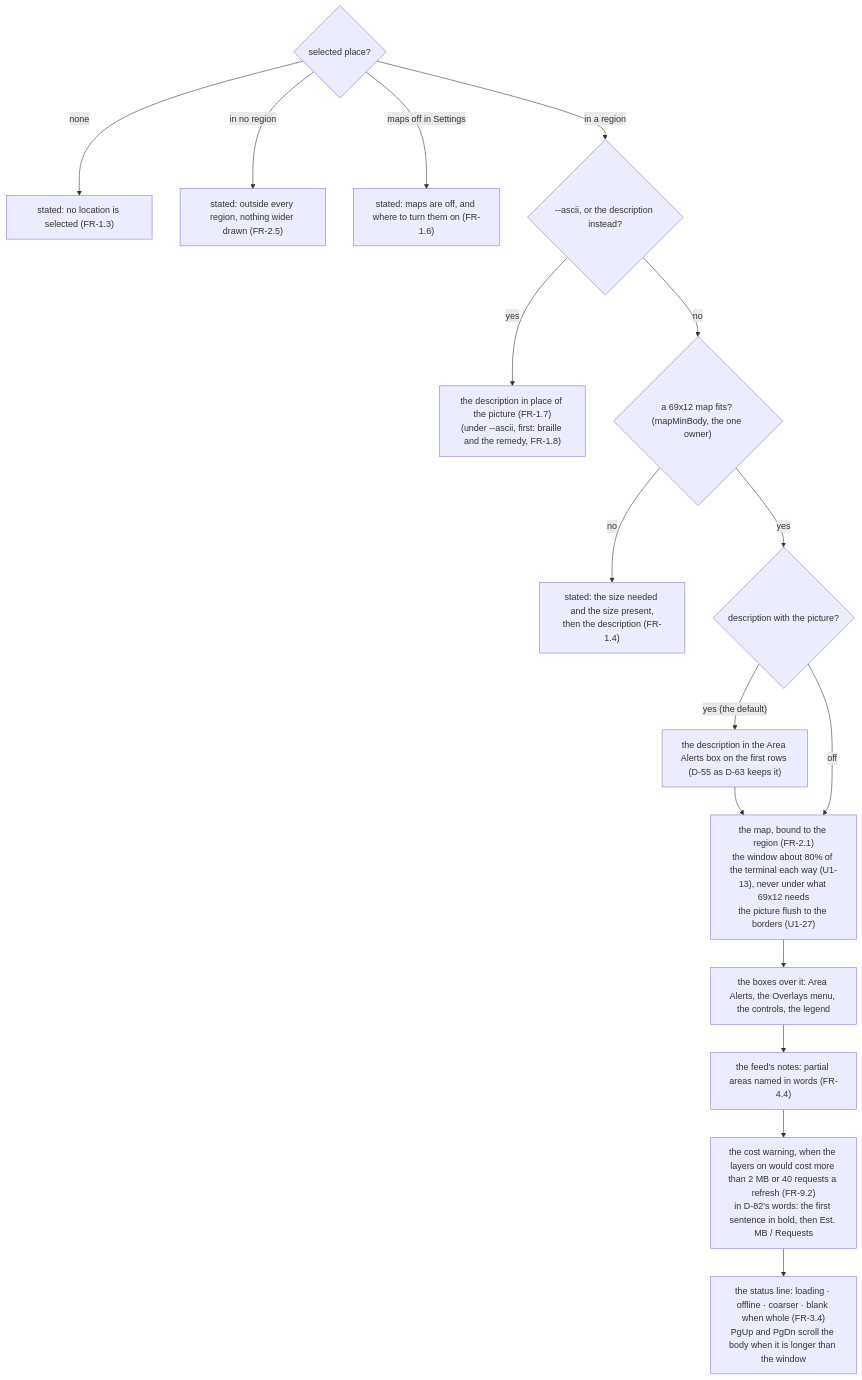
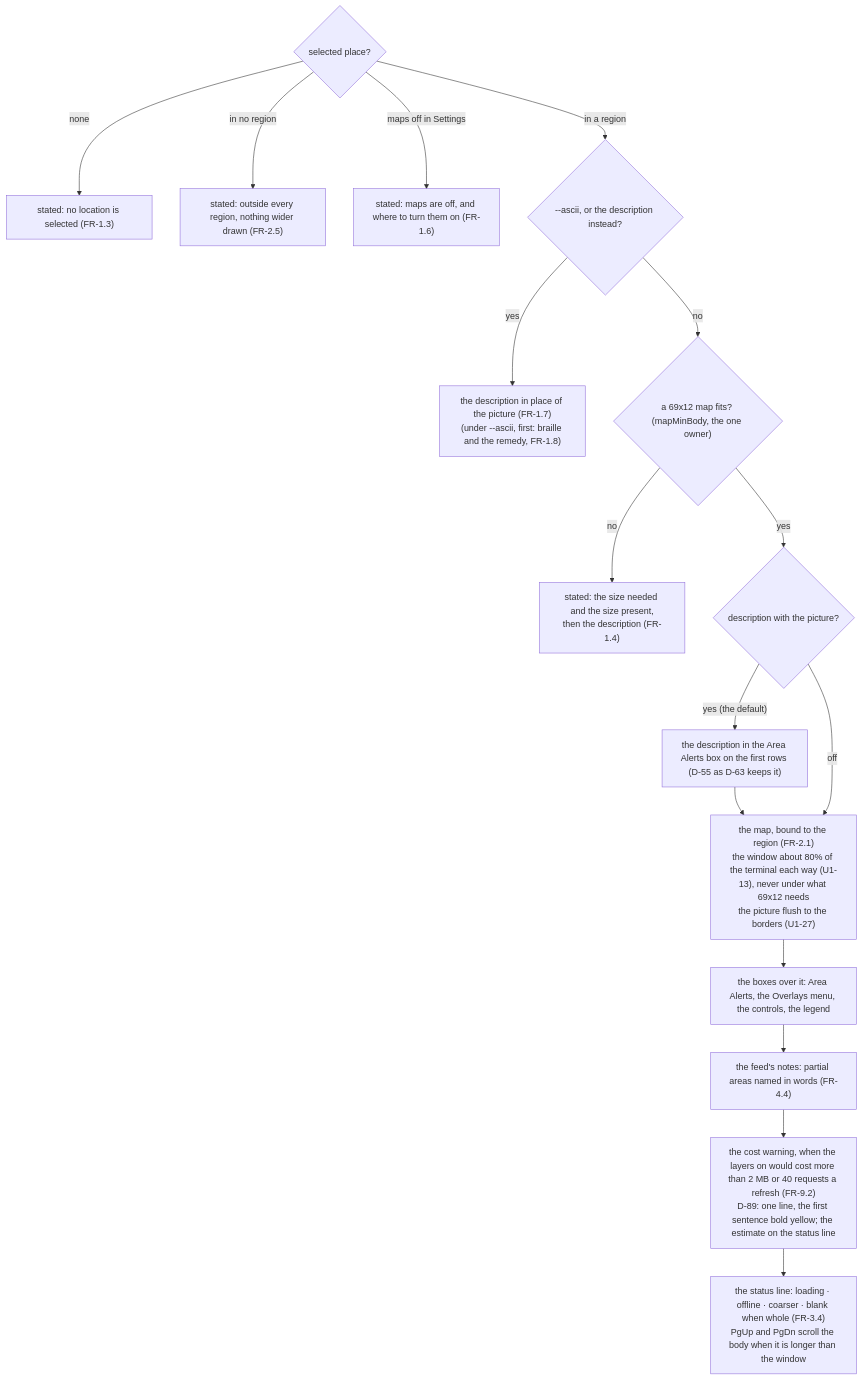
Before and after one commit to branden-thompson/watchpost: the second of 4 diagrams in 06_docs/02_features/observer-maps/03-architecture-design/as-built-map.md, drawn with Mermaid. The commit also changed other lines of this file and 10 other files, not shown here.

````diff
--- a/06_docs/02_features/observer-maps/03-architecture-design/as-built-map.md
+++ b/06_docs/02_features/observer-maps/03-architecture-design/as-built-map.md
@@ -82,16 +82,16 @@
 ```mermaid
 flowchart TB
   S{"selected place?"} -- "none" --> N["stated: no location is selected (FR-1.3)"]
   S -- "in no region" --> O["stated: outside every region, nothing wider drawn (FR-2.5)"]
   S -- "maps off in Settings" --> OFF["stated: maps are off, and where to turn them on (FR-1.6)"]
   S -- "in a region" --> A{"--ascii, or the description instead?"}
   A -- "yes" --> T["the description in place of the picture (FR-1.7)\n(under --ascii, first: braille and the remedy, FR-1.8)"]
   A -- "no" --> F{"a 69x12 map fits? (mapMinBody, the one owner)"}
   F -- "no" --> FL["stated: the size needed and the size present,\nthen the description (FR-1.4)"]
   F -- "yes" --> DS{"description with the picture?"}
   DS -- "yes (the default)" --> D1["the description in the Area Alerts box on the first rows (D-55 as D-63 keeps it)"] --> M
   DS -- "off" --> M["the map, bound to the region (FR-2.1)\nthe window about 80% of the terminal each way (U1-13), never under what 69x12 needs\nthe picture flush to the borders (U1-27)"]
   M --> BXS["the boxes over it: Area Alerts, the Overlays menu, the controls, the legend"] --> NT["the feed's notes: partial areas named in words (FR-4.4)"]
-  NT --> CW["the cost warning, when the layers on would cost more than 2 MB or 40 requests a refresh (FR-9.2)\nin D-82's words: the first sentence in bold, then Est. MB / Requests"]
+  NT --> CW["the cost warning, when the layers on would cost more than 2 MB or 40 requests a refresh (FR-9.2)\nD-89: one line, the first sentence bold yellow; the estimate on the status line"]
   CW --> ST["the status line: loading · offline · coarser · blank when whole (FR-3.4)\nPgUp and PgDn scroll the body when it is longer than the window"]
 ```
````
